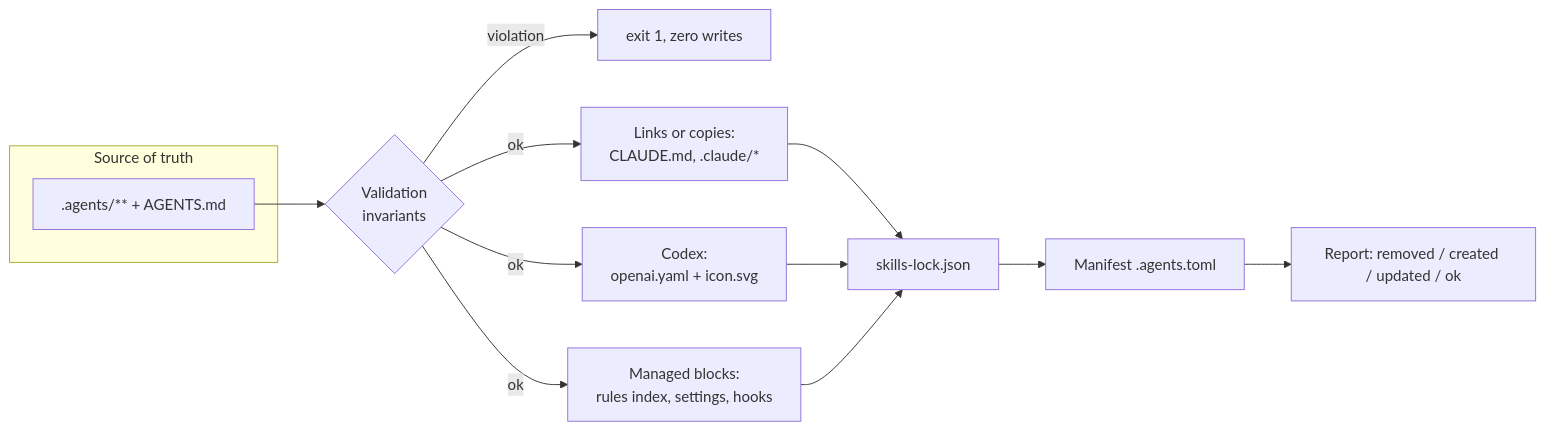
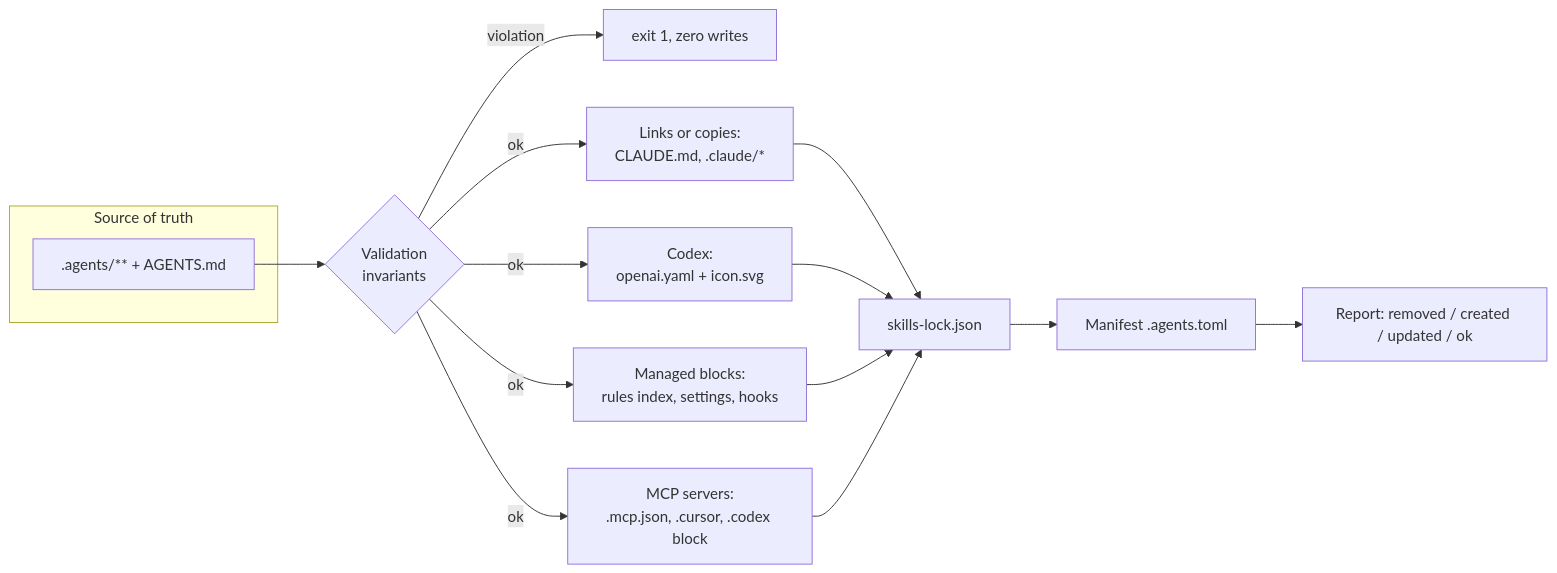
The third of 4 diagrams in docs/commandes.md (PicardRaphael/agentsdir), drawn with Mermaid before and after one commit. The commit also changed other lines of this file and 4 other files, not shown here.

````diff
--- a/docs/commandes.md
+++ b/docs/commandes.md
@@ -444,16 +453,18 @@
 ```mermaid
 flowchart LR
     subgraph SRC["Source of truth"]
         A[.agents/** + AGENTS.md]
     end
     A --> V{Validation<br/>invariants}
     V -- violation --> X[exit 1, zero writes]
     V -- ok --> P1[Links or copies:<br/>CLAUDE.md, .claude/*]
     V -- ok --> P2[Codex:<br/>openai.yaml + icon.svg]
     V -- ok --> P3[Managed blocks:<br/>rules index, settings, hooks]
+    V -- ok --> P4[MCP servers:<br/>.mcp.json, .cursor, .codex block]
     P1 --> L[skills-lock.json]
     P2 --> L
     P3 --> L
+    P4 --> L
     L --> M[Manifest .agents.toml]
     M --> R[Report: removed / created / updated / ok]
 ```
````
